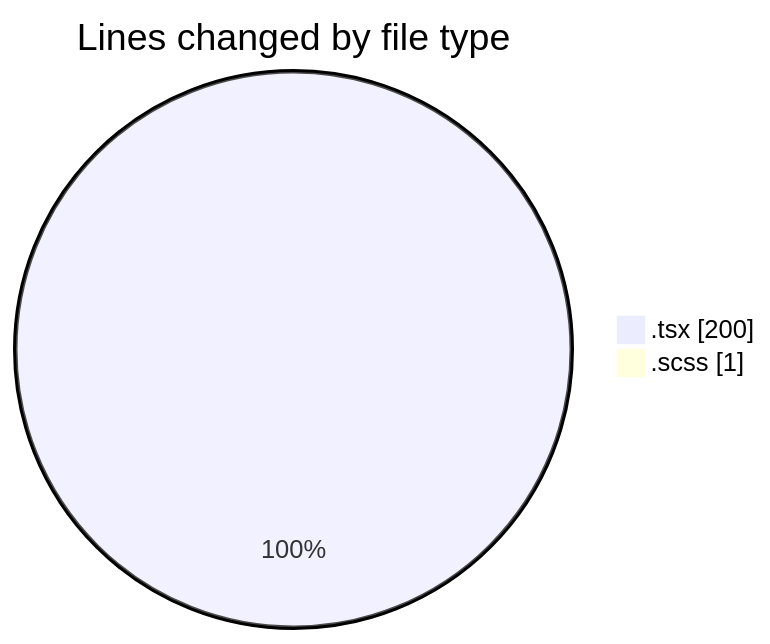
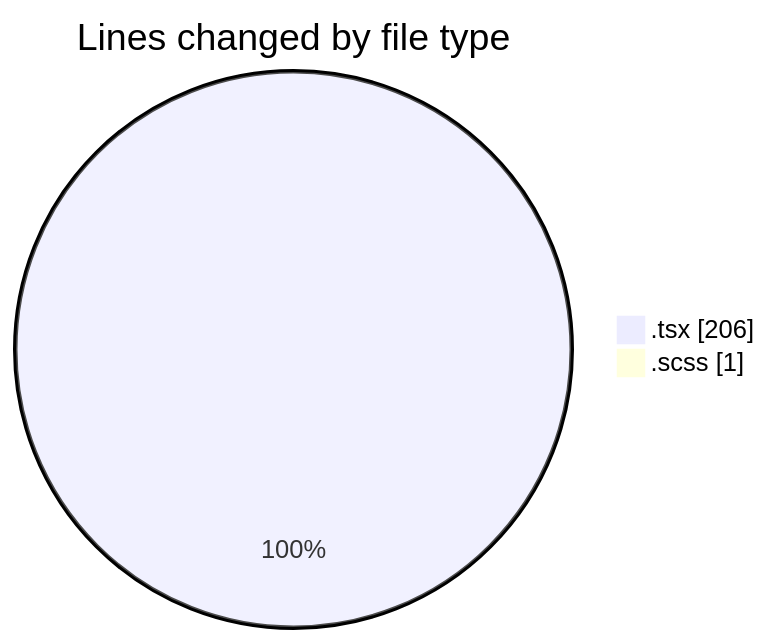
One commit to momahboobian/code-tracking changed the first of 2 diagrams in 2025-03-19/cda/README.md. Above: the diagram before and after it, drawn with Mermaid. The commit also changed other lines of this file and 1 other file, not shown here.

````diff
--- a/2025-03-19/cda/README.md
+++ b/2025-03-19/cda/README.md
@@ -23,6 +23,6 @@
 ```mermaid
 pie showData
 title Lines changed by file type
-".tsx" : 200
+".tsx" : 206
 ".scss" : 1
 ```
````
